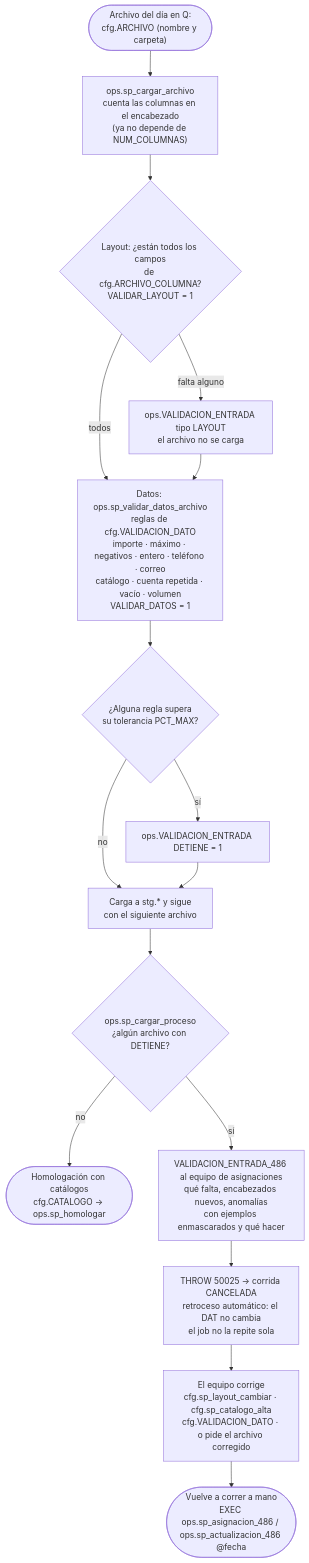
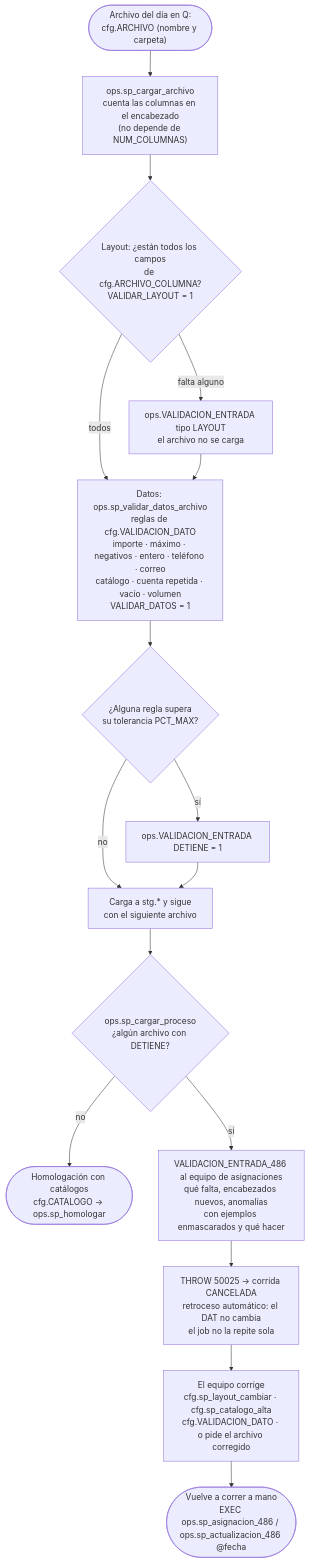
One commit to 0marMF/Banbaj changed the diagram in docs/flujo/mmd/09_validacion_entrada.mmd. Above: the diagram before and after it, drawn with Mermaid. The commit also changed 33 other files, not shown here.

```diff
--- a/docs/flujo/mmd/09_validacion_entrada.mmd
+++ b/docs/flujo/mmd/09_validacion_entrada.mmd
@@ -1,16 +1,16 @@
 flowchart TD
-    F(["Archivo del día en Q:<br/>cfg.ARCHIVO (nombre y carpeta)"]) --> H["ops.sp_cargar_archivo<br/>cuenta las columnas en el encabezado<br/>(ya no depende de NUM_COLUMNAS)"]
+    F(["Archivo del día en Q:<br/>cfg.ARCHIVO (nombre y carpeta)"]) --> H["ops.sp_cargar_archivo<br/>cuenta las columnas en el encabezado<br/>(no depende de NUM_COLUMNAS)"]
     H --> L{"Layout: ¿están todos los campos<br/>de cfg.ARCHIVO_COLUMNA?<br/>VALIDAR_LAYOUT = 1"}
     L -- "falta alguno" --> LX["ops.VALIDACION_ENTRADA tipo LAYOUT<br/>el archivo no se carga"]
     L -- "todos" --> D
     LX --> D["Datos: ops.sp_validar_datos_archivo<br/>reglas de cfg.VALIDACION_DATO<br/>importe · máximo · negativos · entero · teléfono · correo<br/>catálogo · cuenta repetida · vacío · volumen<br/>VALIDAR_DATOS = 1"]
     D --> T{"¿Alguna regla supera<br/>su tolerancia PCT_MAX?"}
     T -- no --> C["Carga a stg.* y sigue<br/>con el siguiente archivo"]
     T -- sí --> DX["ops.VALIDACION_ENTRADA DETIENE = 1"]
     DX --> C
     C --> P{"ops.sp_cargar_proceso<br/>¿algún archivo con DETIENE?"}
     P -- no --> S(["Homologación con catálogos<br/>cfg.CATALOGO → ops.sp_homologar"])
     P -- sí --> M["VALIDACION_ENTRADA_486 al equipo de asignaciones<br/>qué falta, encabezados nuevos, anomalías<br/>con ejemplos enmascarados y qué hacer"]
     M --> X["THROW 50025 → corrida CANCELADA<br/>retroceso automático: el DAT no cambia<br/>el job no la repite sola"]
     X --> E["El equipo corrige<br/>cfg.sp_layout_cambiar · cfg.sp_catalogo_alta<br/>cfg.VALIDACION_DATO · o pide el archivo corregido"]
     E --> R(["Vuelve a correr a mano<br/>EXEC ops.sp_asignacion_486 / ops.sp_actualizacion_486 @fecha"])
```
